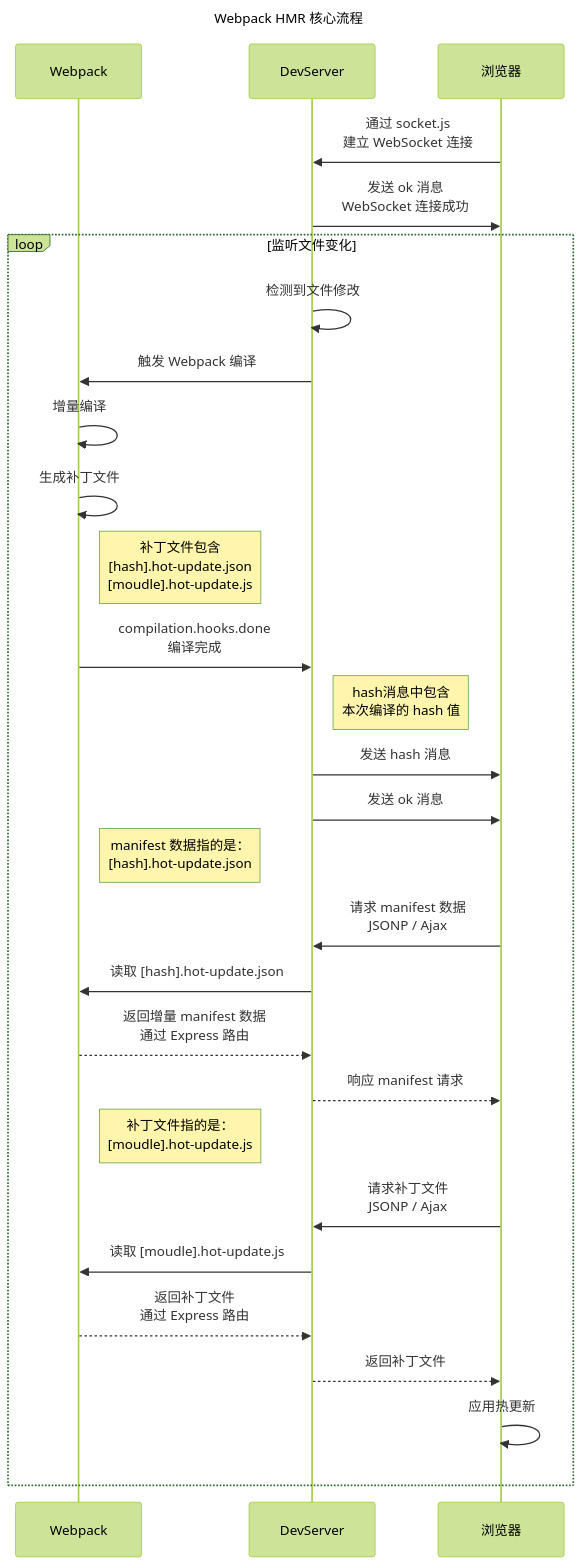
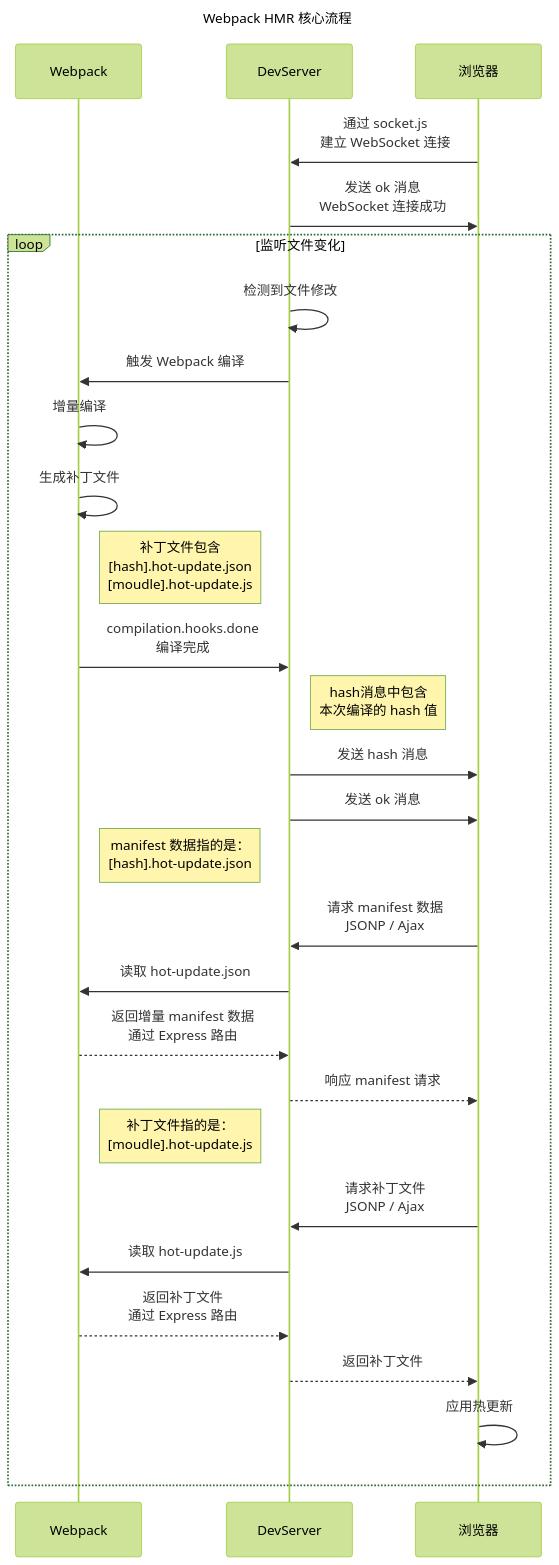
One commit to ykshang/MyBlog changed the first of 2 diagrams in docs/notes/Webpack/4.核心原理/2.HMR 流程.md. Above: the diagram before and after it, drawn with Mermaid (forest theme). The commit also changed other lines of this file, not shown here.

````diff
--- a/docs/notes/Webpack/4.核心原理/2.HMR 流程.md
+++ b/docs/notes/Webpack/4.核心原理/2.HMR 流程.md
@@ -25,32 +25,32 @@
 ```mermaid
 sequenceDiagram
     title: Webpack HMR 核心流程
     participant Webpack
     participant DevServer
     participant 浏览器
 
     浏览器->>DevServer: 通过 socket.js <br> 建立 WebSocket 连接
     DevServer->>浏览器: 发送 ok 消息 <br> WebSocket 连接成功
     loop 监听文件变化
         DevServer->>DevServer: 检测到文件修改
         DevServer->>Webpack: 触发 Webpack 编译
         Webpack->>Webpack: 增量编译
         Webpack->>Webpack: 生成补丁文件
         Note right of Webpack: 补丁文件包含<br/>[hash].hot-update.json<br/>[moudle].hot-update.js
         Webpack->>DevServer: compilation.hooks.done <br/> 编译完成
         Note right of DevServer: hash消息中包含<br>本次编译的 hash 值
         DevServer->>浏览器: 发送 hash 消息
         DevServer->>浏览器: 发送 ok 消息
         Note right of Webpack: manifest 数据指的是：<br/>[hash].hot-update.json
         浏览器->>DevServer: 请求 manifest 数据 <br/> JSONP / Ajax
-        DevServer->>Webpack: 读取 [hash].hot-update.json
+        DevServer->>Webpack: 读取 hot-update.json
         Webpack-->>DevServer: 返回增量 manifest 数据 <br/> 通过 Express 路由
         DevServer-->>浏览器: 响应 manifest 请求
         Note right of Webpack: 补丁文件指的是：<br/>[moudle].hot-update.js
         浏览器 ->> DevServer: 请求补丁文件 <br/>  JSONP / Ajax
-        DevServer->>Webpack: 读取 [moudle].hot-update.js
+        DevServer->>Webpack: 读取 hot-update.js
         Webpack-->>DevServer: 返回补丁文件 <br/> 通过 Express 路由
         DevServer-->> 浏览器: 返回补丁文件
         浏览器->>浏览器: 应用热更新
     end
 ```
````
